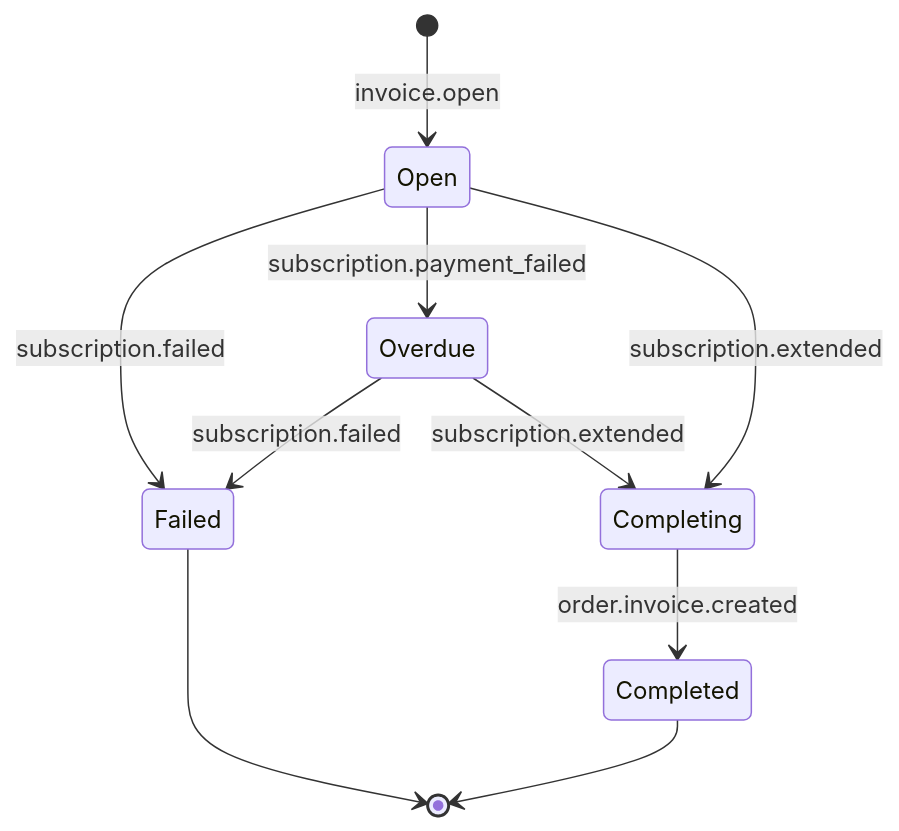
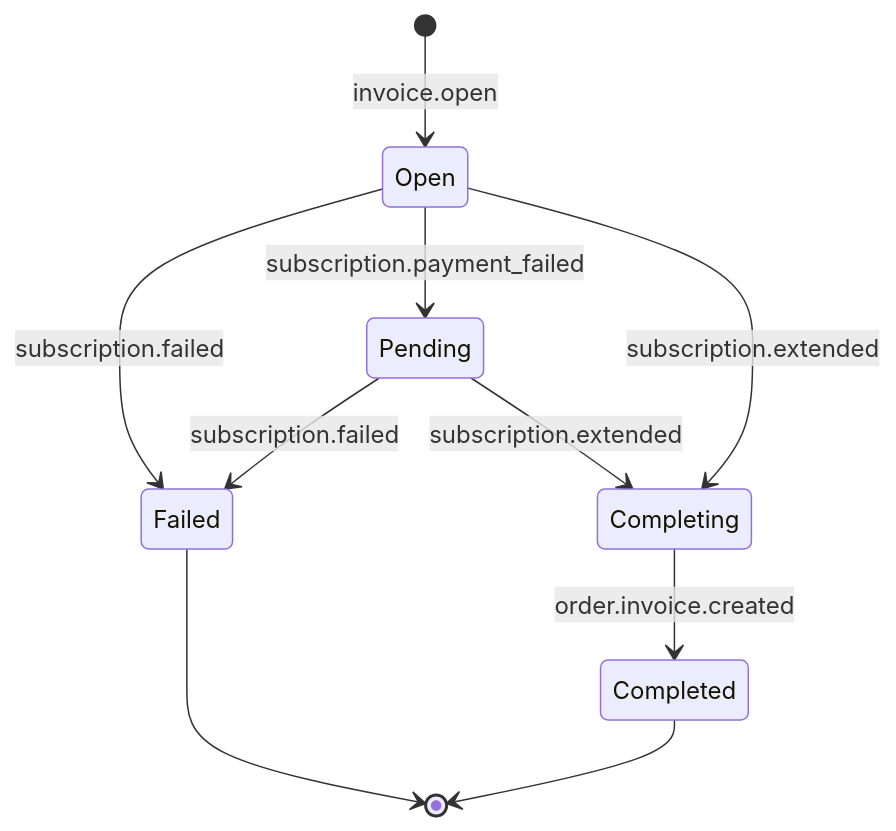
The second of 2 diagrams in doc/Invoice.md (tigerbook73/siser-backend), drawn with Mermaid before and after one commit. The commit also changed 33 other files, not shown here.

First line of the commit message:
Merged in bugfix-SIS-461-invoice-over-due-to-open-pending (pull request #141)

````diff
--- a/doc/Invoice.md
+++ b/doc/Invoice.md
@@ -20,23 +20,23 @@
 ```mermaid
 stateDiagram-v2
   [*]
   [*]           --> Open            : invoice.open
 
   Open
   Open          --> Failed          : subscription.failed
-  Open          --> Overdue         : subscription.payment_failed
+  Open          --> Pending         : subscription.payment_failed
   Open          --> Completing      : subscription.extended
 
-  Overdue       --> Failed          : subscription.failed
-  Overdue       --> Completing      : subscription.extended
+  Pending       --> Failed          : subscription.failed
+  Pending       --> Completing      : subscription.extended
   
   Completing
   Completing    --> Completed       : order.invoice.created
 
   Completed
   Completed     --> [*]
 
   Failed
   Failed        --> [*]
 
 ```
````
